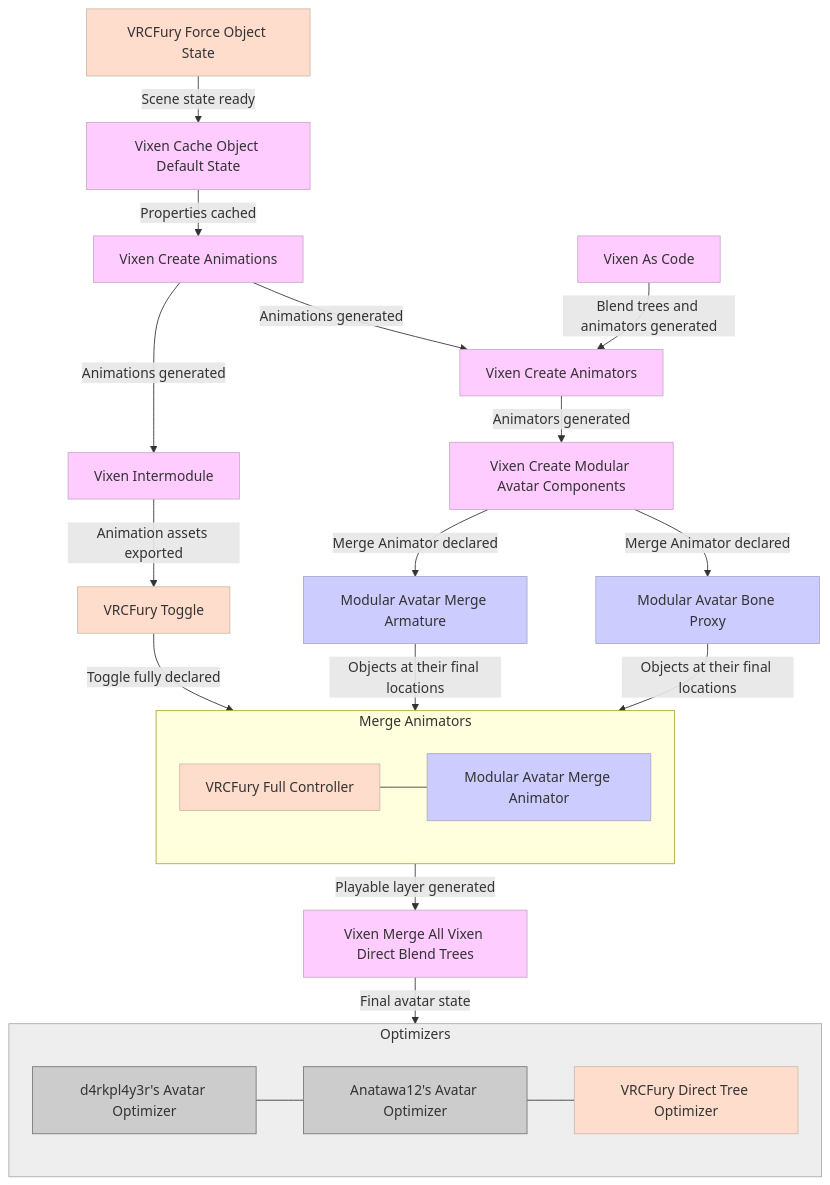
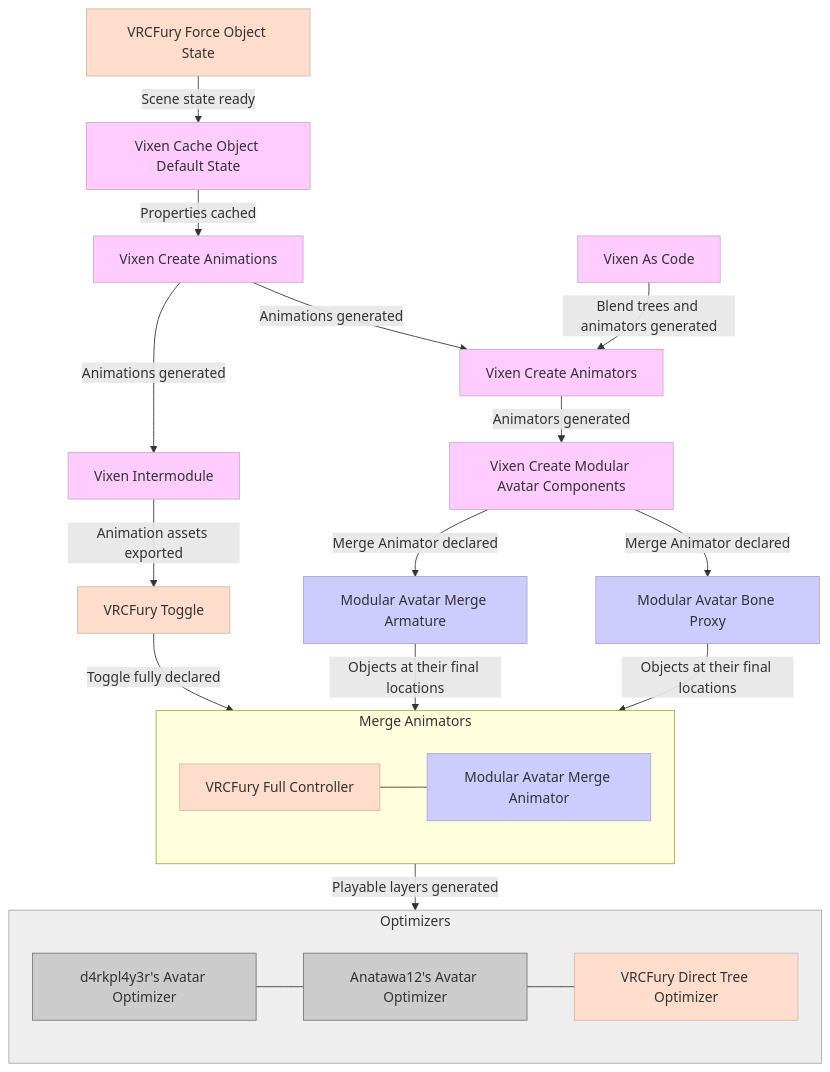
One commit to hai-vr/documentation changed the diagram in docs/products/vixen-control/non-destructive-dependencies.md. Above: the diagram before and after it, drawn with Mermaid. The commit also changed other lines of this file and 1 other file, not shown here.

Commit message:
Add Vixen sections

````diff
--- a/docs/products/vixen-control/non-destructive-dependencies.md
+++ b/docs/products/vixen-control/non-destructive-dependencies.md
@@ -13,33 +13,32 @@
 ```mermaid
 graph TD;
 %%{init:{'flowchart':{'nodeSpacing': 80, 'rankSpacing': 30}}}%%
     VRCF_FOS[VRCFury Force Object State]:::vrcf --> |Scene state ready|V_CODS[Vixen Cache Object Default State]:::vixen;
     V_CODS --> |Properties cached|V_CA[Vixen Create Animations]:::vixen;
     V_CA --> |Animations generated|V_IM[Vixen Intermodule]:::vixen;
     V_CA --> |Animations generated|V_CAR[Vixen Create Animators]:::vixen;
     V_AC[Vixen As Code]:::vixen --> |Blend trees and animators generated|V_CAR;
     V_IM --> |Animation assets exported|VRCF_T[VRCFury Toggle]:::vrcf;
     V_CAR --> |Animators generated|V_CMAC[Vixen Create Modular Avatar Components]:::vixen;
     V_CMAC --> |Merge Animator declared|MA_MA[Modular Avatar Merge Armature]:::ma;
     V_CMAC --> |Merge Animator declared|MA_BP[Modular Avatar Bone Proxy]:::ma;
     MA_MA --> |Objects at their final locations|MergeAnimators;
     MA_BP --> |Objects at their final locations|MergeAnimators;
     VRCF_T --> |Toggle fully declared|MergeAnimators;
     subgraph MergeAnimators[Merge Animators]
         direction LR
         VRCF_FC[VRCFury Full Controller]:::vrcf --- MA_MAA[Modular Avatar Merge Animator]:::ma;
     end
-    MergeAnimators --> |Playable layer generated|V_DBTPP[Vixen Merge All Vixen Direct Blend Trees]:::vixen;
-    V_DBTPP --> |Final avatar state|Optimizers:::optsub;
+    MergeAnimators --> |Playable layers generated|Optimizers:::optsub;
     subgraph Optimizers
         direction LR
         DARK[d4rkpl4y3r's Avatar Optimizer]:::opt --- ANAT[Anatawa12's Avatar Optimizer]:::ma;
         ANAT:::opt --- VRCF_DTO[VRCFury Direct Tree Optimizer]:::vrcf;
     end
     
     classDef vrcf fill:#FDC,stroke:#CBA
     classDef vixen fill:#FCF,stroke:#CAC
     classDef ma fill:#CCF,stroke:#AAC
     classDef opt fill:#CCC,stroke:#777
     classDef optsub fill:#EEE,stroke:#AAA
 ```
````
